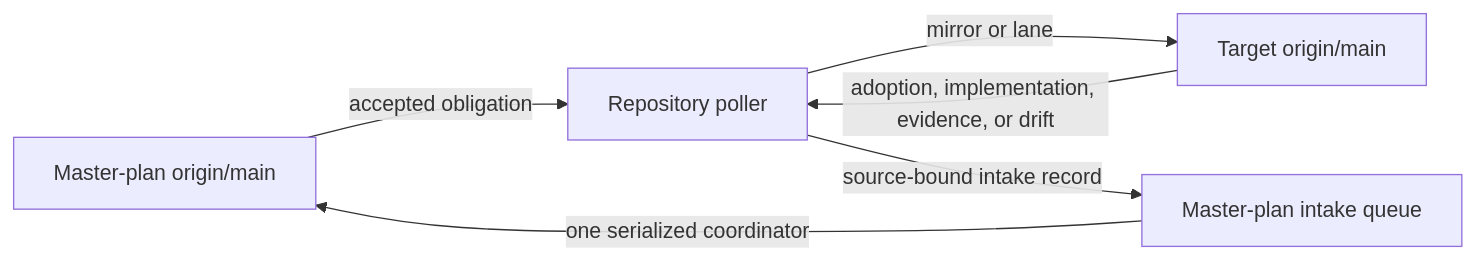
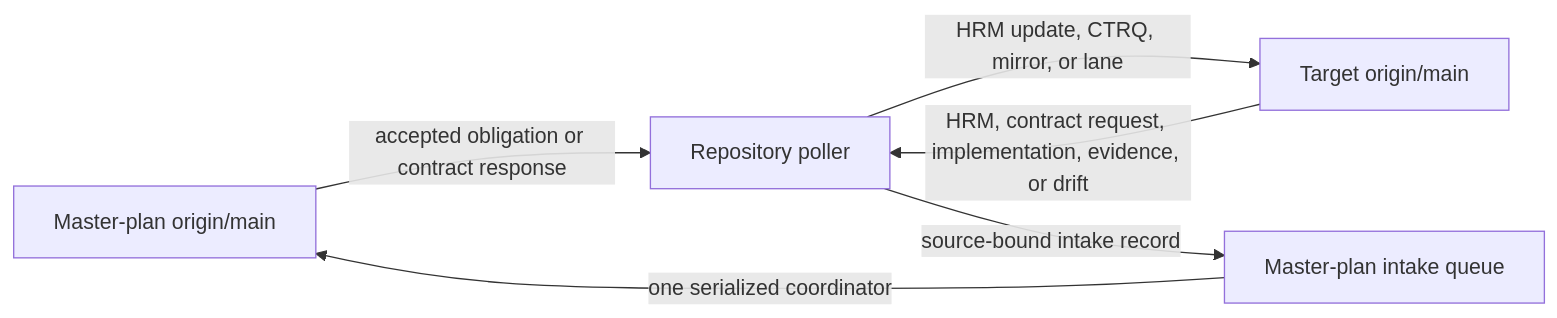
The diagram in playbooks/master-plan-repository-polling.md (marcplatt/agent-playbooks), drawn with Mermaid before and after one commit. The commit also changed other lines of this file and 9 other files, not shown here.

````diff
--- a/playbooks/master-plan-repository-polling.md
+++ b/playbooks/master-plan-repository-polling.md
@@ -64,8 +72,8 @@
 ```mermaid
 flowchart LR
-  MP["Master-plan origin/main"] -->|"accepted obligation"| RP["Repository poller"]
-  RP -->|"mirror or lane"| TR["Target origin/main"]
-  TR -->|"adoption, implementation, evidence, or drift"| RP
+  MP["Master-plan origin/main"] -->|"accepted obligation or contract response"| RP["Repository poller"]
+  RP -->|"HRM update, CTRQ, mirror, or lane"| TR["Target origin/main"]
+  TR -->|"HRM, contract request, implementation, evidence, or drift"| RP
   RP -->|"source-bound intake record"| IQ["Master-plan intake queue"]
   IQ -->|"one serialized coordinator"| MP
 ```
````
